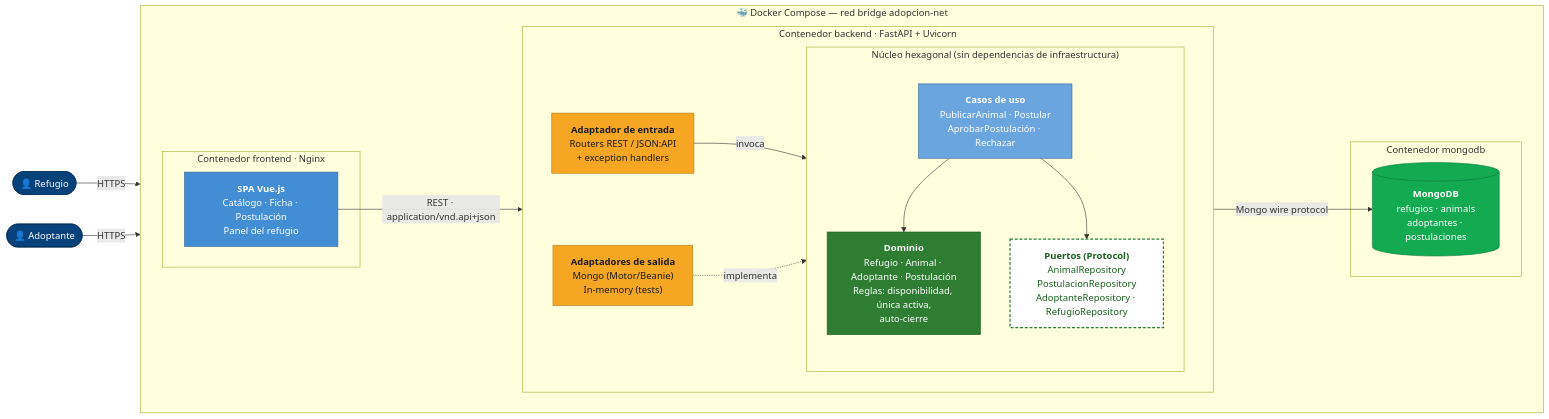
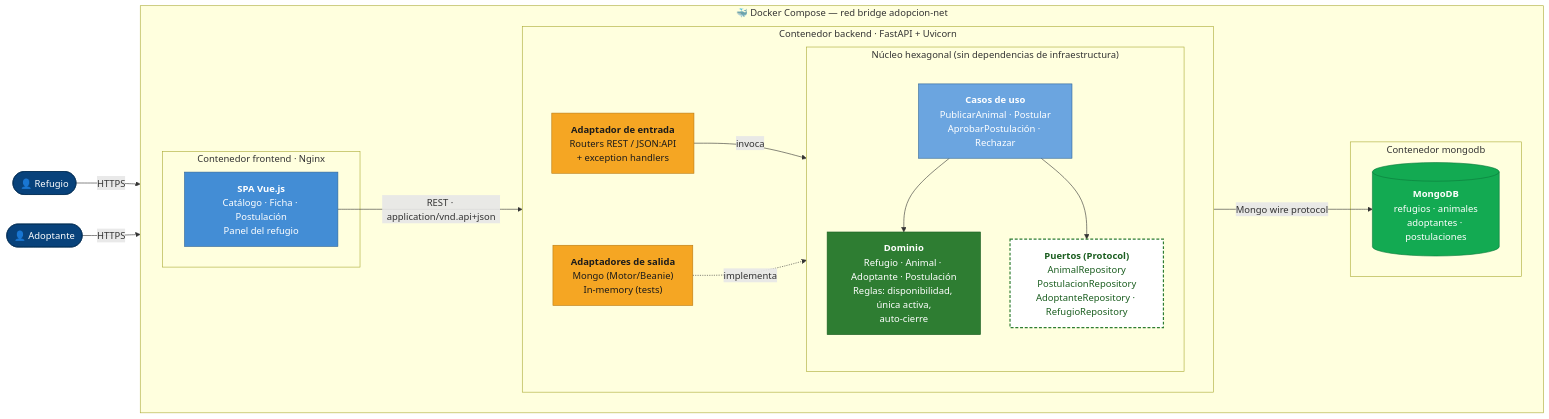
One commit to tomoxpy16/Taller-Stack-Tecnologico changed the diagram in docs/diagramas/fuente/01-hld.mmd. Above: the diagram before and after it, drawn with Mermaid. The commit also changed 15 other files, not shown here.

First line of the commit message:
docs: alinear diagramas con el docker-compose real y agregar modelo de datos

```diff
--- a/docs/diagramas/fuente/01-hld.mmd
+++ b/docs/diagramas/fuente/01-hld.mmd
@@ -1,44 +1,44 @@
 flowchart LR
   classDef person fill:#08427B,stroke:#052E56,color:#fff
   classDef fe fill:#438DD5,stroke:#2E6295,color:#fff
   classDef adapterIn fill:#F5A623,stroke:#B87A12,color:#1b1b1b
   classDef app fill:#6BA5E0,stroke:#2E6295,color:#fff
   classDef dom fill:#2E7D32,stroke:#1B5E20,color:#fff
   classDef port fill:#ffffff,stroke:#2E7D32,color:#1B5E20,stroke-width:2px,stroke-dasharray:5 3
   classDef adapterOut fill:#F5A623,stroke:#B87A12,color:#1b1b1b
   classDef db fill:#13AA52,stroke:#0B7A3A,color:#fff
 
   R(["👤 Refugio"]):::person
   A(["👤 Adoptante"]):::person
 
   subgraph DOCKER["🐳 Docker Compose — red bridge adopcion-net"]
     direction LR
     subgraph FE["Contenedor frontend · Nginx"]
       SPA["<b>SPA Vue.js</b><br/>Catálogo · Ficha · Postulación<br/>Panel del refugio"]:::fe
     end
 
     subgraph BE["Contenedor backend · FastAPI + Uvicorn"]
       direction LR
       IN["<b>Adaptador de entrada</b><br/>Routers REST / JSON:API<br/>+ exception handlers"]:::adapterIn
       subgraph HEX["Núcleo hexagonal (sin dependencias de infraestructura)"]
         direction TB
         UC["<b>Casos de uso</b><br/>PublicarAnimal · Postular<br/>AprobarPostulación · Rechazar"]:::app
         DOM["<b>Dominio</b><br/>Refugio · Animal · Adoptante · Postulación<br/>Reglas: disponibilidad, única activa,<br/>auto-cierre"]:::dom
         P["<b>Puertos (Protocol)</b><br/>AnimalRepository<br/>PostulacionRepository<br/>AdoptanteRepository · RefugioRepository"]:::port
         UC --> DOM
         UC --> P
       end
       OUT["<b>Adaptadores de salida</b><br/>Mongo (Motor/Beanie)<br/>In-memory (tests)"]:::adapterOut
       IN -->|"invoca"| UC
       OUT -.->|"implementa"| P
     end
 
     subgraph DB["Contenedor mongodb"]
-      M[("<b>MongoDB</b><br/>refugios · animals<br/>adoptantes · postulaciones")]:::db
+      M[("<b>MongoDB</b><br/>refugios · animales<br/>adoptantes · postulaciones")]:::db
     end
   end
 
   R -->|"HTTPS"| SPA
   A -->|"HTTPS"| SPA
   SPA -->|"REST · application/vnd.api+json"| IN
   OUT -->|"Mongo wire protocol"| M
```
